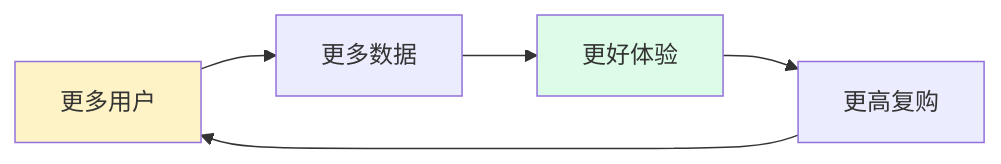
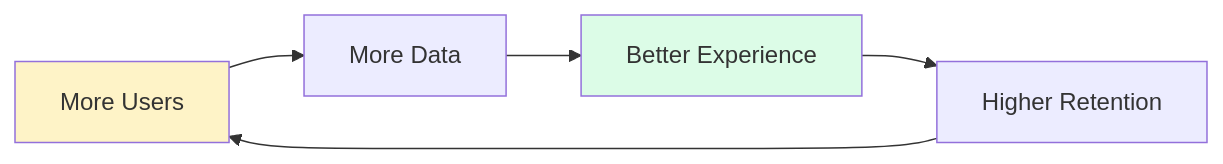
Before and after one commit to zrxparley/business-model-canvas-agents: the second of 2 diagrams in README.md, drawn with Mermaid. The commit also changed other lines of this file and 6 other files, not shown here.

````diff
--- a/README.md
+++ b/README.md
@@ -140,9 +143,9 @@
 ```mermaid
 flowchart LR
-    A[更多用户] --> B[更多数据]
-    B --> C[更好体验]
-    C --> D[更高复购]
+    A[More Users] --> B[More Data]
+    B --> C[Better Experience]
+    C --> D[Higher Retention]
     D --> A
     style A fill:#fef3c7
     style C fill:#dcfce7
 ```
````
